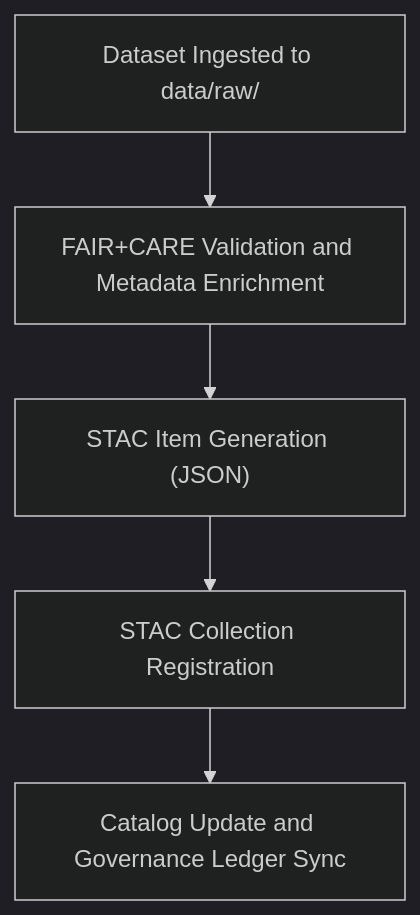
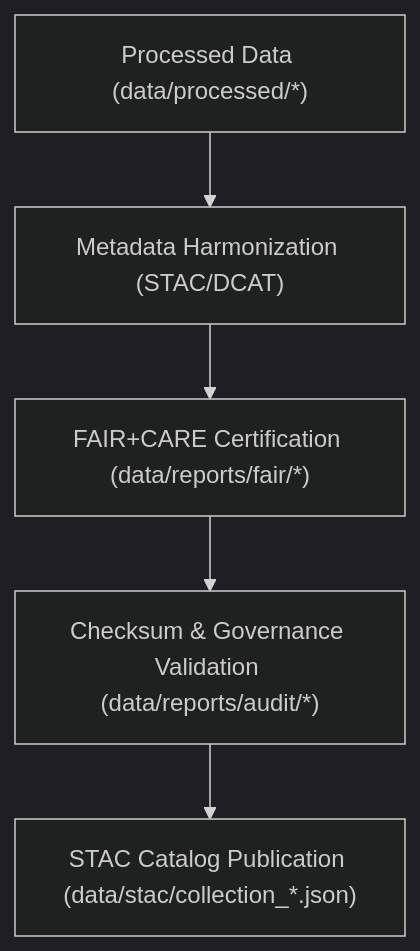
Before and after one commit to bartytime4life/Kansas-Frontier-Matrix: the diagram in data/stac/README.md, drawn with Mermaid (dark theme). The commit also changed other lines of this file, not shown here.

First line of the commit message:
Update STAC catalog to version 9.6.0

````diff
--- a/data/stac/README.md
+++ b/data/stac/README.md
@@ -71,7 +99,7 @@
 ```mermaid
 flowchart TD
-    A["Dataset Ingested to data/raw/"] --> B["FAIR+CARE Validation and Metadata Enrichment"]
-    B --> C["STAC Item Generation (JSON)"]
-    C --> D["STAC Collection Registration"]
-    D --> E["Catalog Update and Governance Ledger Sync"]
+    A["Processed Data (data/processed/*)"] --> B["Metadata Harmonization (STAC/DCAT)"]
+    B --> C["FAIR+CARE Certification (data/reports/fair/*)"]
+    C --> D["Checksum & Governance Validation (data/reports/audit/*)"]
+    D --> E["STAC Catalog Publication (data/stac/collection_*.json)"]
 ```
````
